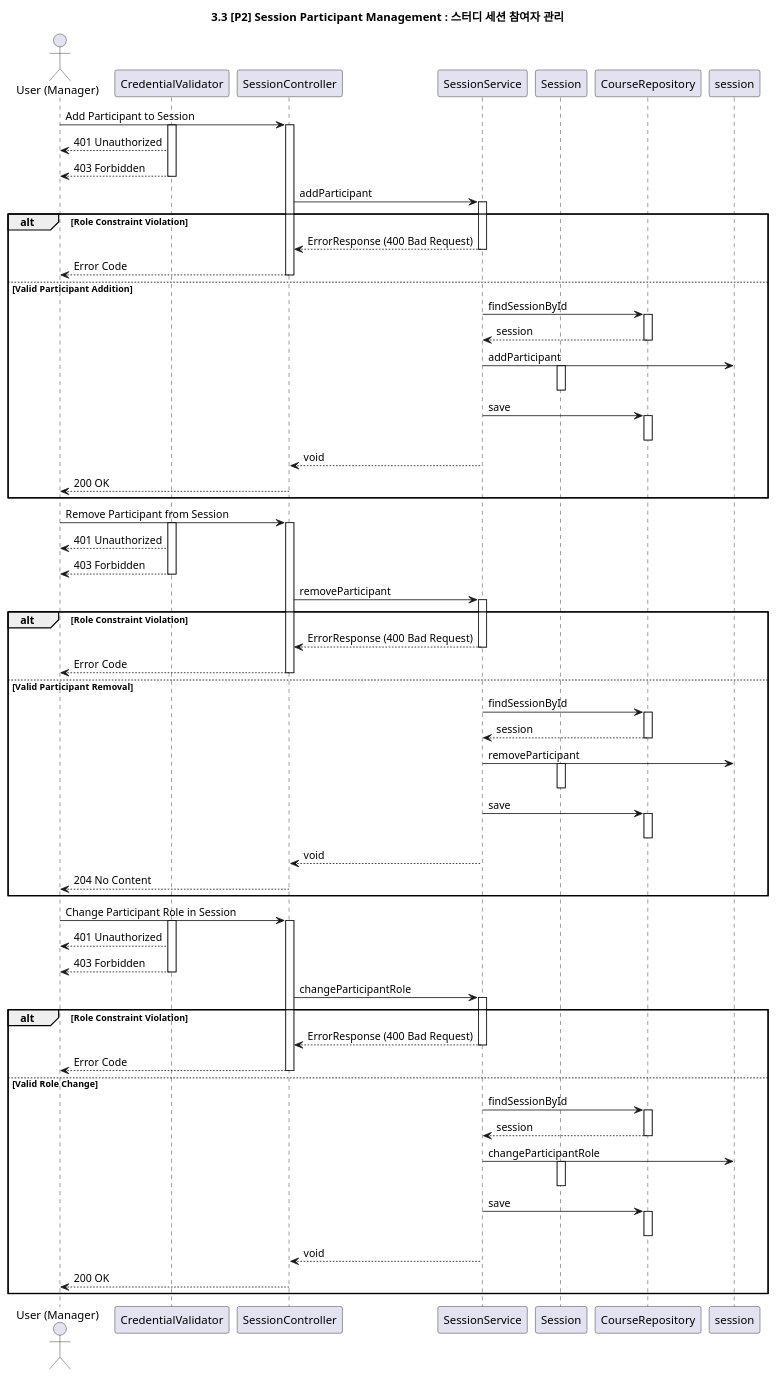
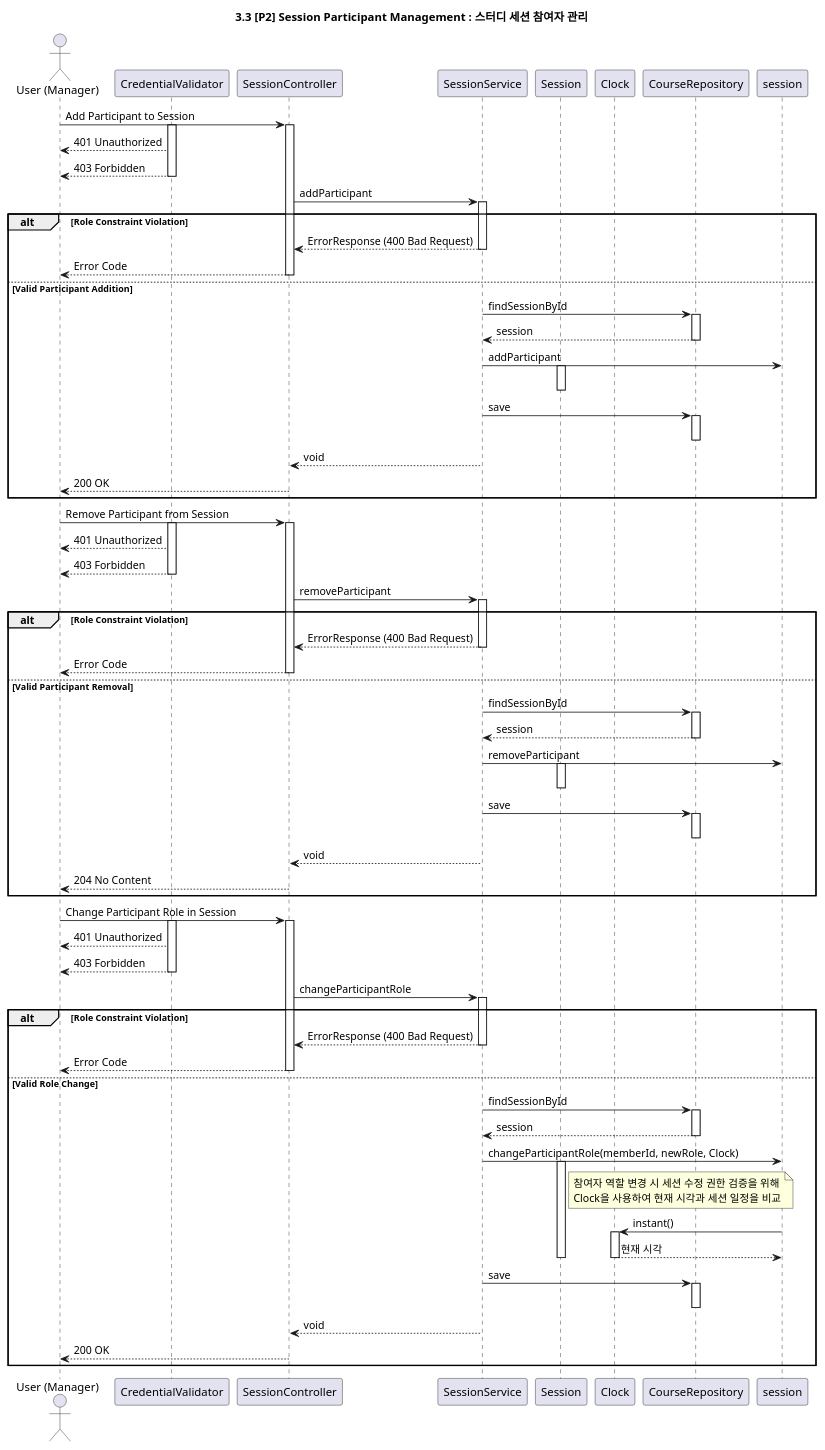
The diagram in docs/sequences/3.3_session_participant_management.puml (f-lab-edu/learning-manager), drawn with PlantUML before and after one commit. The commit also changed 14 other files, not shown here.

```diff
--- a/docs/sequences/3.3_session_participant_management.puml
+++ b/docs/sequences/3.3_session_participant_management.puml
@@ -1,128 +1,140 @@
 @startuml
 
 title 3.3 [P2] Session Participant Management : 스터디 세션 참여자 관리
 
 actor "User (Manager)" as User
 participant "CredentialValidator" as Validator
 participant "SessionController" as Controller
 participant "SessionService" as AppService
 participant "Session" as SessionDomain
+participant "Clock" as Clock
 participant "CourseRepository" as Repository
 
 User -> Controller: Add Participant to Session
 activate Validator
 activate Controller
 Validator --> User: 401 Unauthorized
 Validator --> User: 403 Forbidden
 deactivate Validator
 
 Controller -> AppService: addParticipant
 activate AppService
 alt Role Constraint Violation
     AppService --> Controller: ErrorResponse (400 Bad Request)
     deactivate AppService
     Controller --> User: Error Code
     deactivate Controller
 else Valid Participant Addition
 
 AppService -> Repository: findSessionById
 activate Repository
 Repository --> AppService: session
 deactivate Repository
 
 AppService -> session: addParticipant
 activate SessionDomain
 deactivate SessionDomain
 
 AppService -> Repository: save
 activate Repository
 deactivate Repository
 
 AppService --> Controller: void
 deactivate AppService
 
 Controller --> User: 200 OK
 deactivate Controller
 
 end
 
 User -> Controller: Remove Participant from Session
 activate Validator
 activate Controller
 Validator --> User: 401 Unauthorized
 Validator --> User: 403 Forbidden
 deactivate Validator
 
 Controller -> AppService: removeParticipant
 activate AppService
 alt Role Constraint Violation
     AppService --> Controller: ErrorResponse (400 Bad Request)
     deactivate AppService
     Controller --> User: Error Code
     deactivate Controller
 else Valid Participant Removal
 
 AppService -> Repository: findSessionById
 activate Repository
 Repository --> AppService: session
 deactivate Repository
 
 
 
 AppService -> session: removeParticipant
 activate SessionDomain
 deactivate SessionDomain
 
 AppService -> Repository: save
 activate Repository
 deactivate Repository
 
 
 AppService --> Controller: void
 deactivate AppService
 
 Controller --> User: 204 No Content
 deactivate Controller
 
 end
 
 User -> Controller: Change Participant Role in Session
 activate Validator
 activate Controller
 Validator --> User: 401 Unauthorized
 Validator --> User: 403 Forbidden
 deactivate Validator
 
 Controller -> AppService: changeParticipantRole
 activate AppService
 
 alt Role Constraint Violation
     AppService --> Controller: ErrorResponse (400 Bad Request)
     deactivate AppService
     Controller --> User: Error Code
     deactivate Controller
 
 else Valid Role Change
 
 AppService -> Repository: findSessionById
 activate Repository
 Repository --> AppService: session
 deactivate Repository
 
-AppService -> session: changeParticipantRole
+AppService -> session: changeParticipantRole(memberId, newRole, Clock)
 activate SessionDomain
+
+note right of SessionDomain
+  참여자 역할 변경 시 세션 수정 권한 검증을 위해
+  Clock을 사용하여 현재 시각과 세션 일정을 비교
+end note
+
+session -> Clock: instant()
+activate Clock
+Clock --> session: 현재 시각
+deactivate Clock
+
 deactivate SessionDomain
 
 AppService -> Repository: save
 activate Repository
 deactivate Repository
 
 AppService --> Controller: void
 deactivate AppService
 
 Controller --> User: 200 OK
 deactivate Controller
 
 end
 
 @enduml
```
